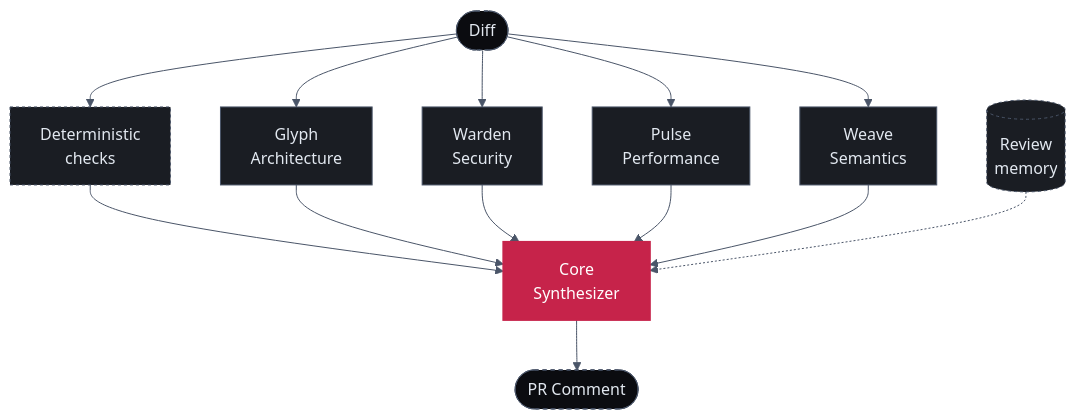
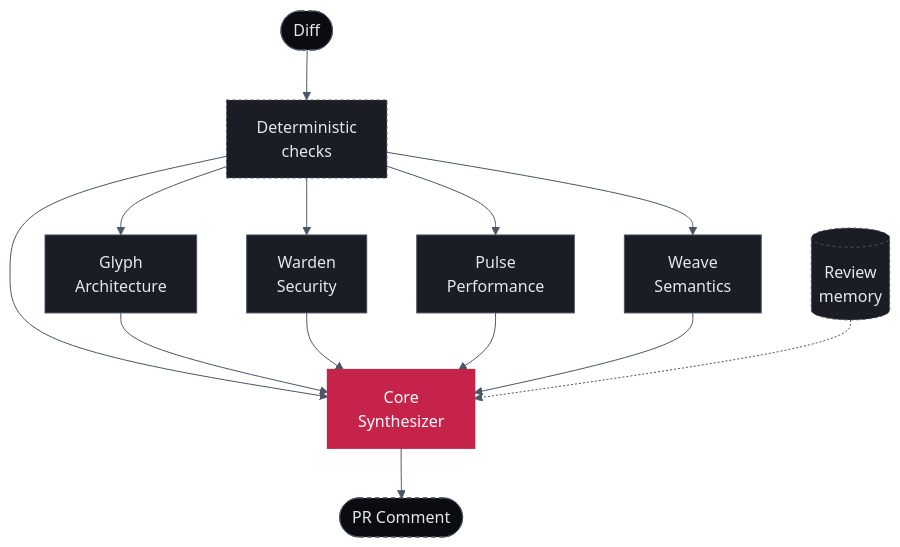
The diagram in how-it-works/the-ensemble.mdx (Arc-and-Anchor/sigilix-docs), drawn with Mermaid before and after one commit. The commit also changed other lines of this file and 6 other files, not shown here.

````diff
--- a/how-it-works/the-ensemble.mdx
+++ b/how-it-works/the-ensemble.mdx
@@ -12,46 +12,46 @@
 ```mermaid
 %%{init: {
   'theme': 'base',
   'themeVariables': {
     'background': '#0B0C10',
     'primaryColor': '#1A1D23',
     'primaryTextColor': '#E2E8F0',
     'primaryBorderColor': '#4A5568',
     'lineColor': '#4A5568',
     'fontFamily': 'ui-monospace, SFMono-Regular, Menlo, Monaco, Consolas, monospace'
   }
 } }%%
 flowchart TD
     diff([Diff])
     det["Deterministic<br/>checks"]
     glyph["Glyph<br/>Architecture"]
     warden["Warden<br/>Security"]
     pulse["Pulse<br/>Performance"]
     weave["Weave<br/>Semantics"]
     core["Core<br/>Synthesizer"]
     mem[("Review<br/>memory")]
     pr([PR Comment])
 
     diff --> det
-    diff --> glyph
-    diff --> warden
-    diff --> pulse
-    diff --> weave
+    det --> glyph
+    det --> warden
+    det --> pulse
+    det --> weave
     det --> core
     glyph --> core
     warden --> core
     pulse --> core
     weave --> core
     mem -.-> core
     core --> pr
 
     classDef specialist fill:#1A1D23,stroke:#4A5568,color:#E2E8F0,stroke-width:1px
     classDef preLLM fill:#1A1D23,stroke:#4A5568,color:#E2E8F0,stroke-width:1px,stroke-dasharray: 3 3
     classDef coreStyle fill:#C6234A,stroke:#C6234A,color:#FFFFFF,stroke-width:2px
     classDef output fill:#0B0C10,stroke:#4A5568,color:#E2E8F0,stroke-width:1px,stroke-dasharray: 4 4
 
     class glyph,warden,pulse,weave specialist
     class det,mem preLLM
     class core coreStyle
     class diff,pr output
 ```
````
